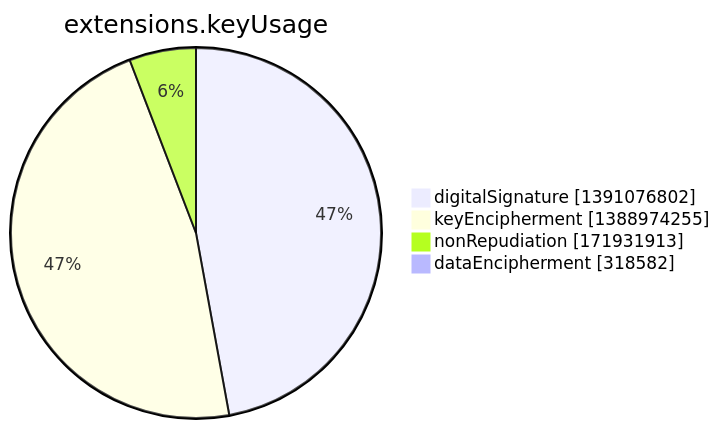
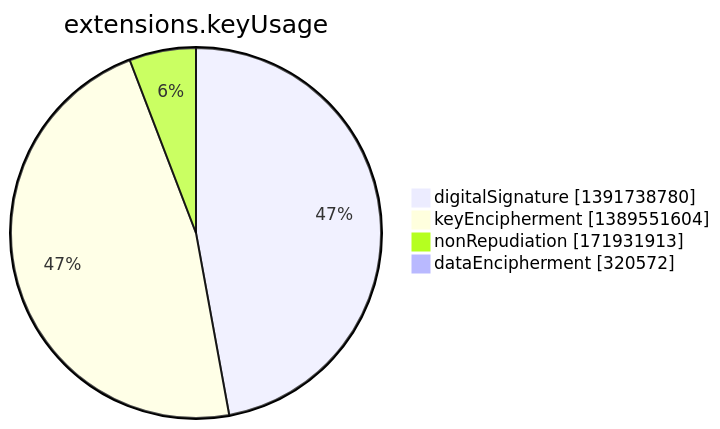
The seventh of 15 diagrams in argon2022/README.md (christiankrug/ctmonitor_visualization), drawn with Mermaid before and after one commit. The commit also changed other lines of this file, not shown here.

````diff
--- a/argon2022/README.md
+++ b/argon2022/README.md
@@ -2751,8 +2751,8 @@
 ```mermaid
 pie showData
 title extensions.keyUsage
-"digitalSignature" :1391076802
-"keyEncipherment" :1388974255
+"digitalSignature" :1391738780
+"keyEncipherment" :1389551604
 "nonRepudiation" :171931913
-"dataEncipherment" :318582
+"dataEncipherment" :320572
 ```
````
